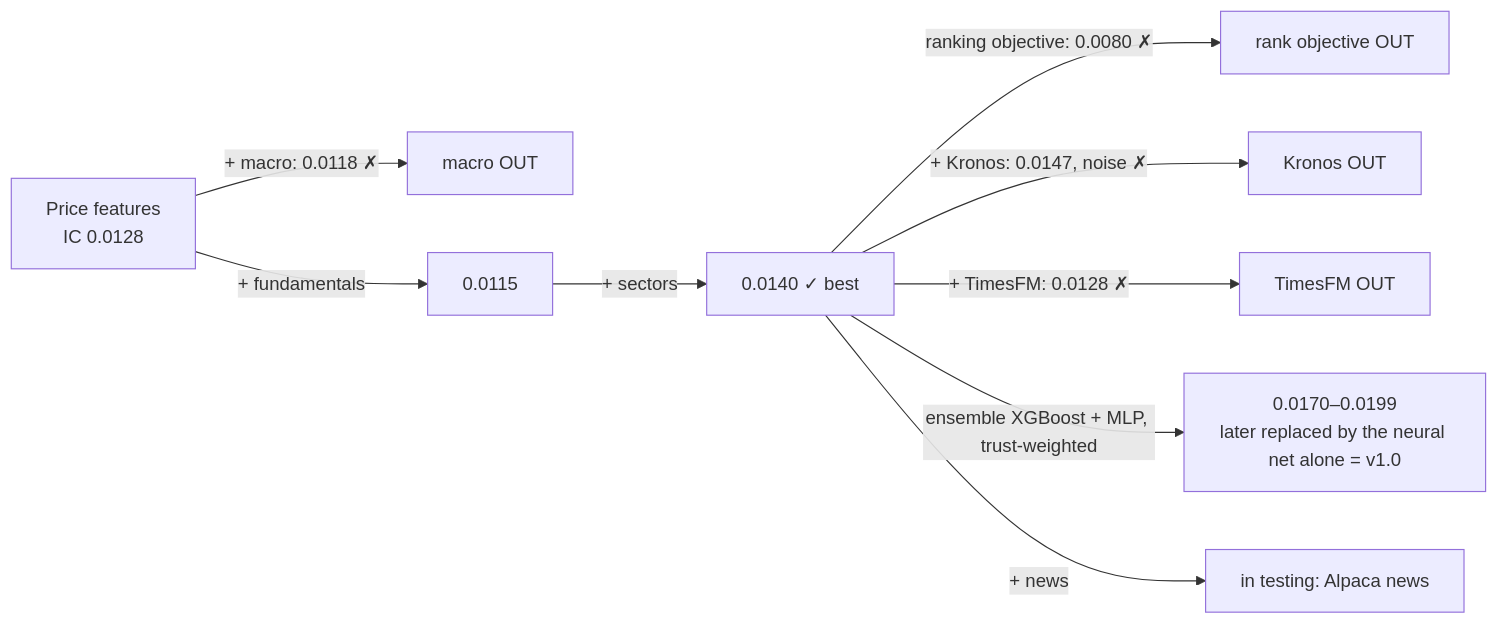
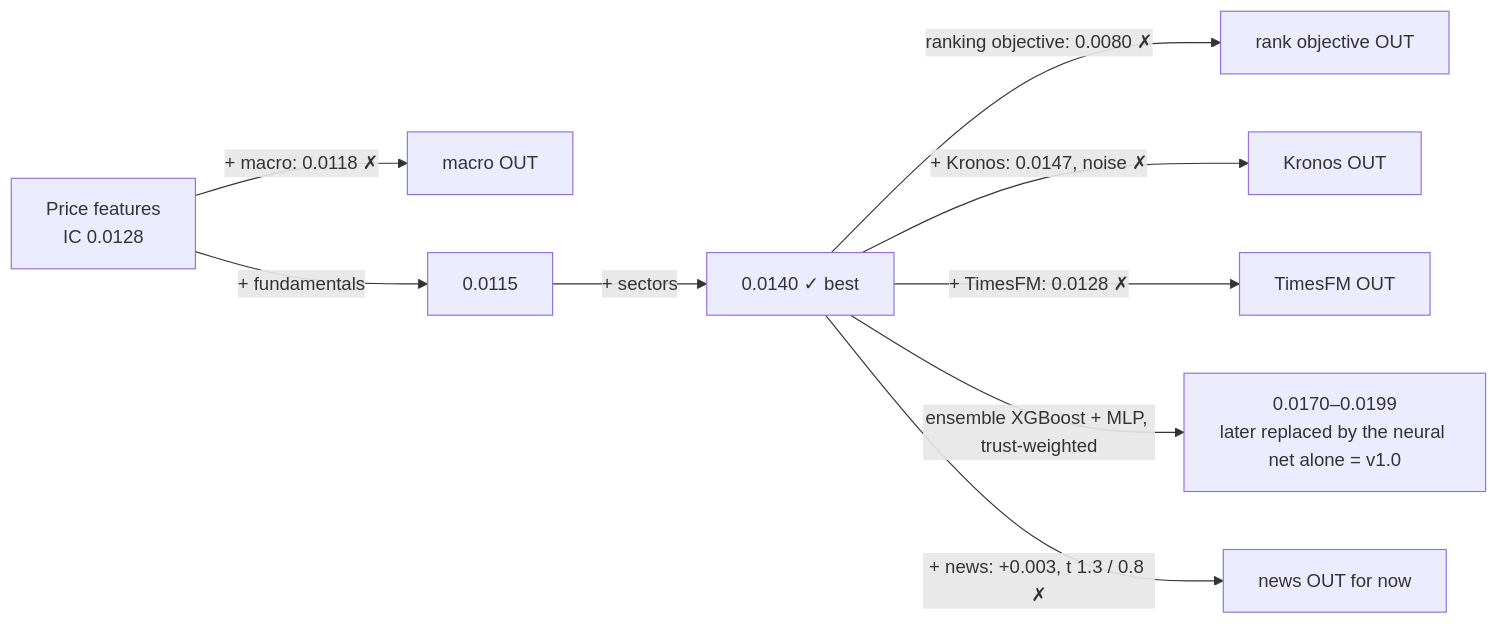
One commit to Naveed-CoLab/LatticeX changed the diagram in docs/decisions.md. Above: the diagram before and after it, drawn with Mermaid. The commit also changed other lines of this file and 58 other files, not shown here.

````diff
--- a/docs/decisions.md
+++ b/docs/decisions.md
@@ -70,11 +70,11 @@
 ```mermaid
 flowchart LR
     A[Price features<br/>IC 0.0128] -->|+ macro: 0.0118 ✗| X1[macro OUT]
     A -->|+ fundamentals| B[0.0115]
     B -->|+ sectors| C[0.0140 ✓ best]
     C -->|ranking objective: 0.0080 ✗| X2[rank objective OUT]
     C -->|+ Kronos: 0.0147, noise ✗| X3[Kronos OUT]
     C -->|+ TimesFM: 0.0128 ✗| X4[TimesFM OUT]
     C -->|ensemble XGBoost + MLP, trust-weighted| E[0.0170–0.0199<br/>later replaced by the neural net alone = v1.0]
-    C -->|+ news| P2[in testing: Alpaca news]
+    C -->|+ news: +0.003, t 1.3 / 0.8 ✗| X5[news OUT for now]
 ```
````
